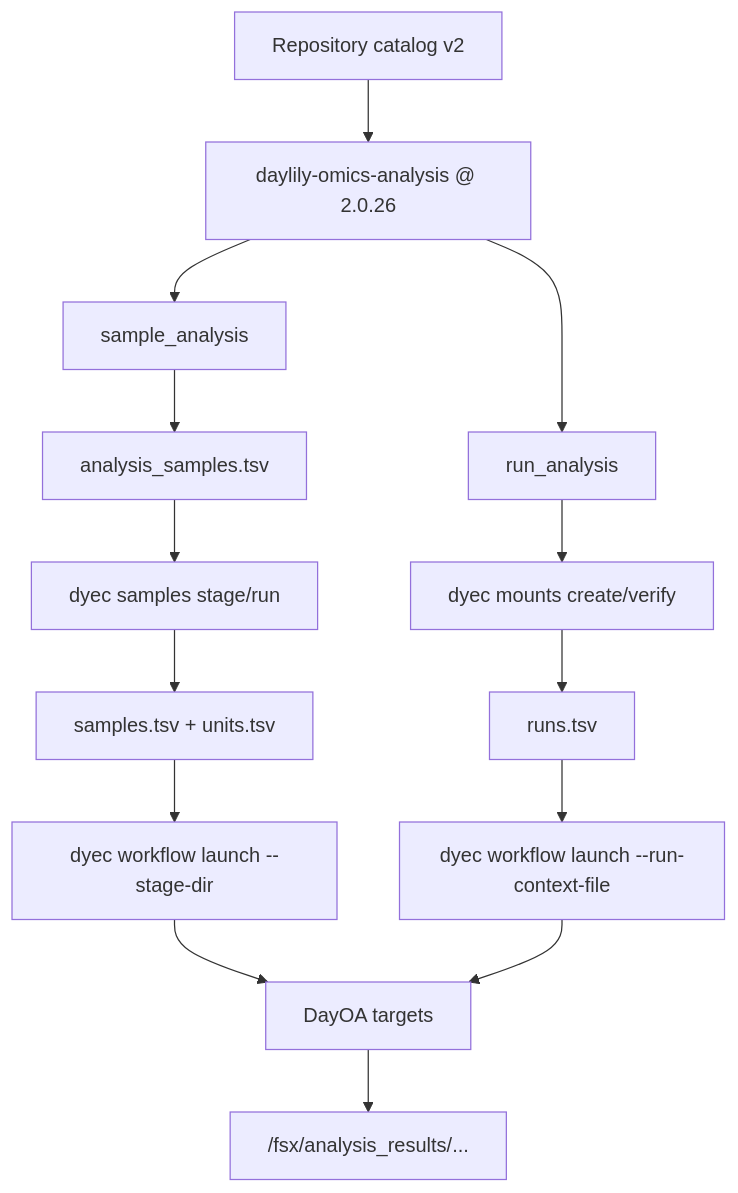
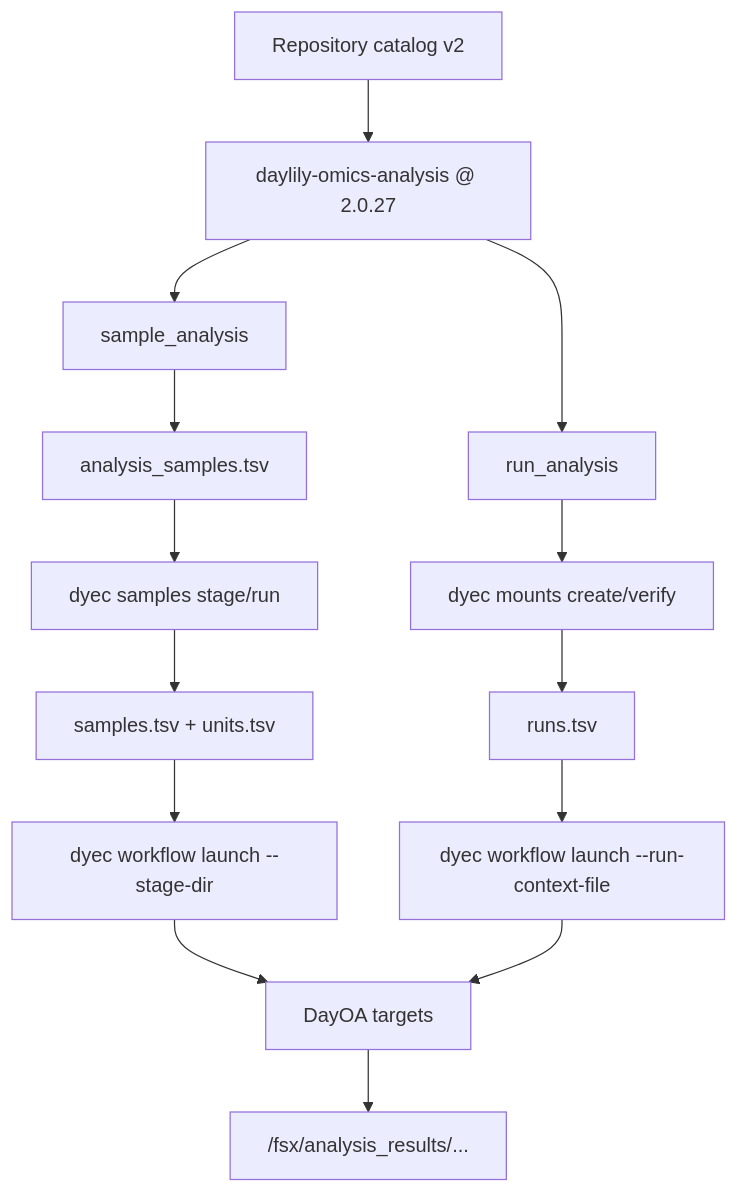
Before and after one commit to Daylily-Informatics/daylily-ephemeral-cluster: the third of 3 diagrams in docs/dra_fsx_strategy.md, drawn with Mermaid. The commit also changed other lines of this file and 58 other files, not shown here.

````diff
--- a/docs/dra_fsx_strategy.md
+++ b/docs/dra_fsx_strategy.md
@@ -102,19 +102,19 @@
 ```mermaid
 flowchart TB
-  Catalog["Repository catalog v2"] --> Repo["daylily-omics-analysis @ 2.0.26"]
+  Catalog["Repository catalog v2"] --> Repo["daylily-omics-analysis @ 2.0.27"]
   Repo --> Sample["sample_analysis"]
   Repo --> Run["run_analysis"]
 
   Sample --> Manifest["analysis_samples.tsv"]
   Manifest --> Stage["dyec samples stage/run"]
   Stage --> TSV["samples.tsv + units.tsv"]
   TSV --> LaunchA["dyec workflow launch --stage-dir"]
 
   Run --> Mount["dyec mounts create/verify"]
   Mount --> Runs["runs.tsv"]
   Runs --> LaunchB["dyec workflow launch --run-context-file"]
 
   LaunchA --> DayOA["DayOA targets"]
   LaunchB --> DayOA
   DayOA --> Results["/fsx/analysis_results/..."]
 ```
````
